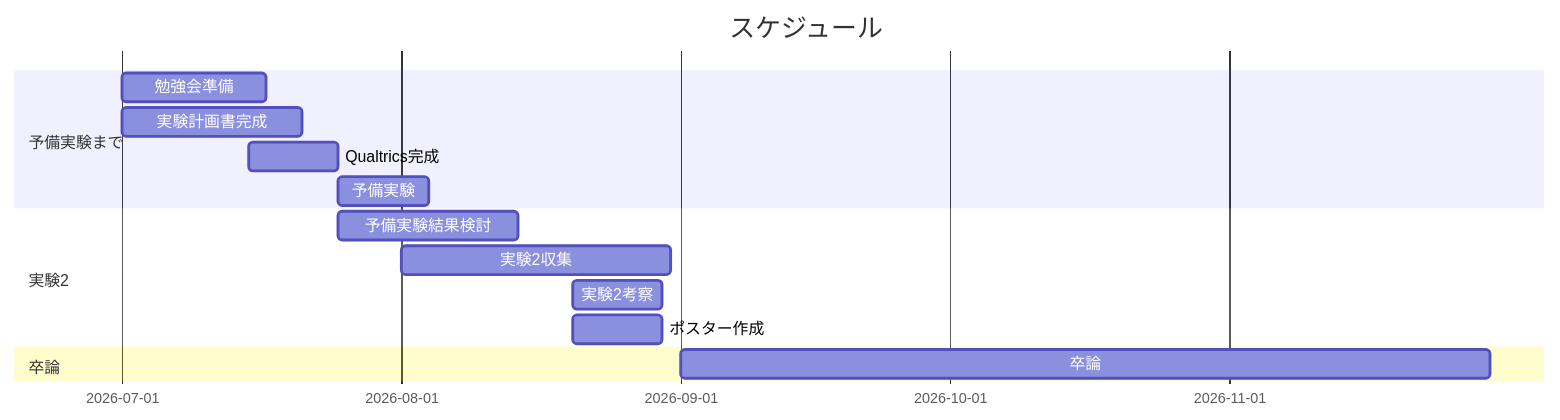
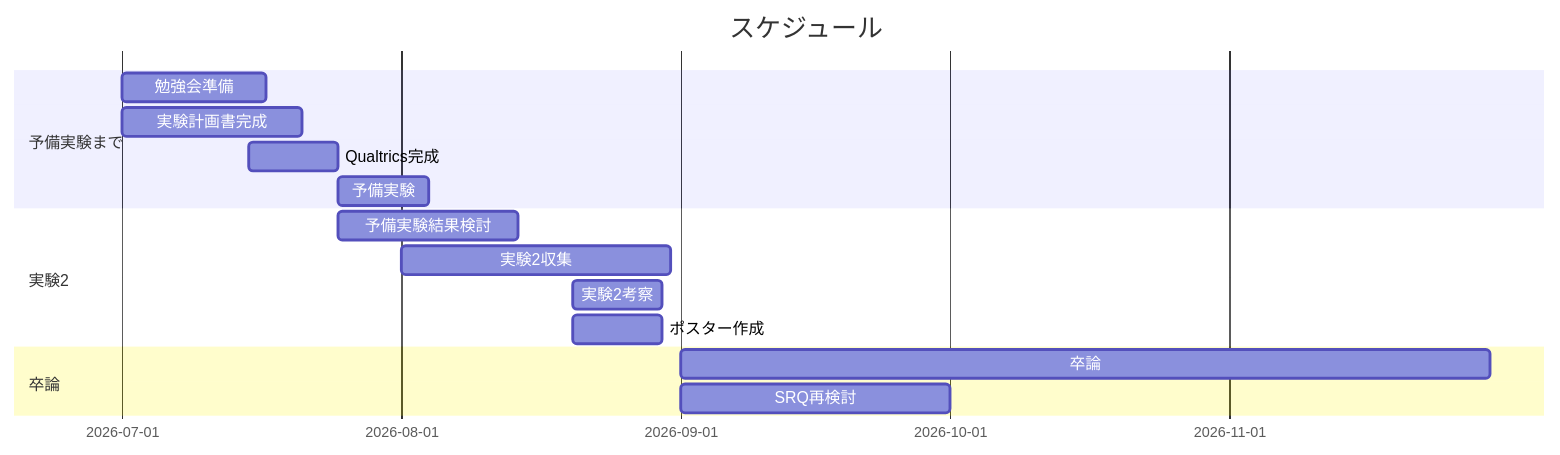
One commit to kikuchiken-waseda/Yutaro_Shinomiya changed the diagram in B4/B4春議事録.md. Above: the diagram before and after it, drawn with Mermaid. The commit also changed other lines of this file, not shown here.

Commit message:
Update schedule with additional notes and tasks
Added '随時追記' note and 'SRQ再検討' task to schedule.

````diff
--- a/B4/B4春議事録.md
+++ b/B4/B4春議事録.md
@@ -2,21 +3,21 @@
 ```mermaid
 gantt
     title スケジュール
     dateFormat  YYYY-MM-DD
 
     section 予備実験まで
     勉強会準備:2026-07-01, 16d
     実験計画書完成:2026-07-01, 20d
     Qualtrics完成:2026-07-15, 10d
     予備実験:2026-07-25,10d
 
     section 実験2
     予備実験結果検討:2026-07-25,20d
     実験2収集:2026-08-01,30d
     実験2考察:2026-08-20,10d
     ポスター作成:2026-08-20,10d
 
     section 卒論
-    卒論 :2026-09-01, 90d
-
+    卒論:2026-09-01, 90d
+    SRQ再検討:2026-09-01,30d
 ```
````
